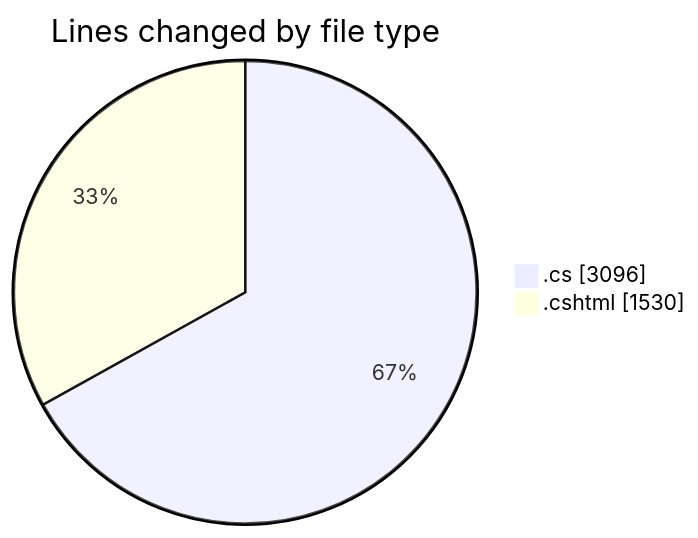
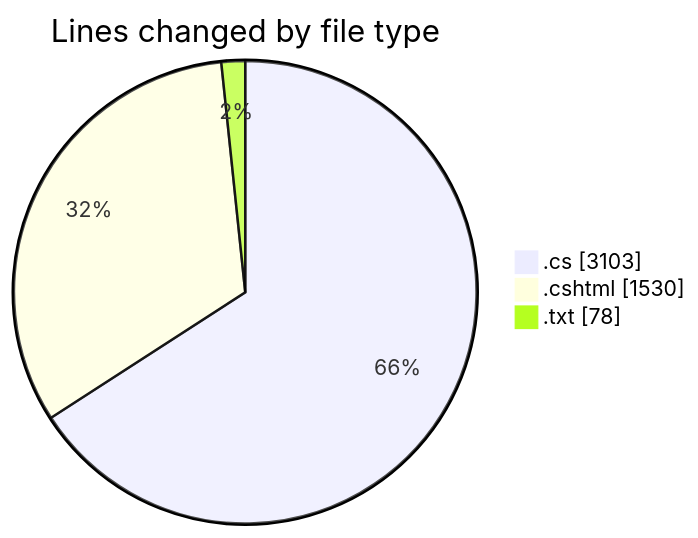
Before and after one commit to lephambinh05/code-tracking: the first of 2 diagrams in 2025-07-28/quanlyrapchieuphim-1/README.md, drawn with Mermaid. The commit also changed other lines of this file and 1 other file, not shown here.

````diff
--- a/2025-07-28/quanlyrapchieuphim-1/README.md
+++ b/2025-07-28/quanlyrapchieuphim-1/README.md
@@ -31,6 +32,7 @@
 ```mermaid
 pie showData
 title Lines changed by file type
-".cs" : 3096
+".cs" : 3103
 ".cshtml" : 1530
+".txt" : 78
 ```
````
